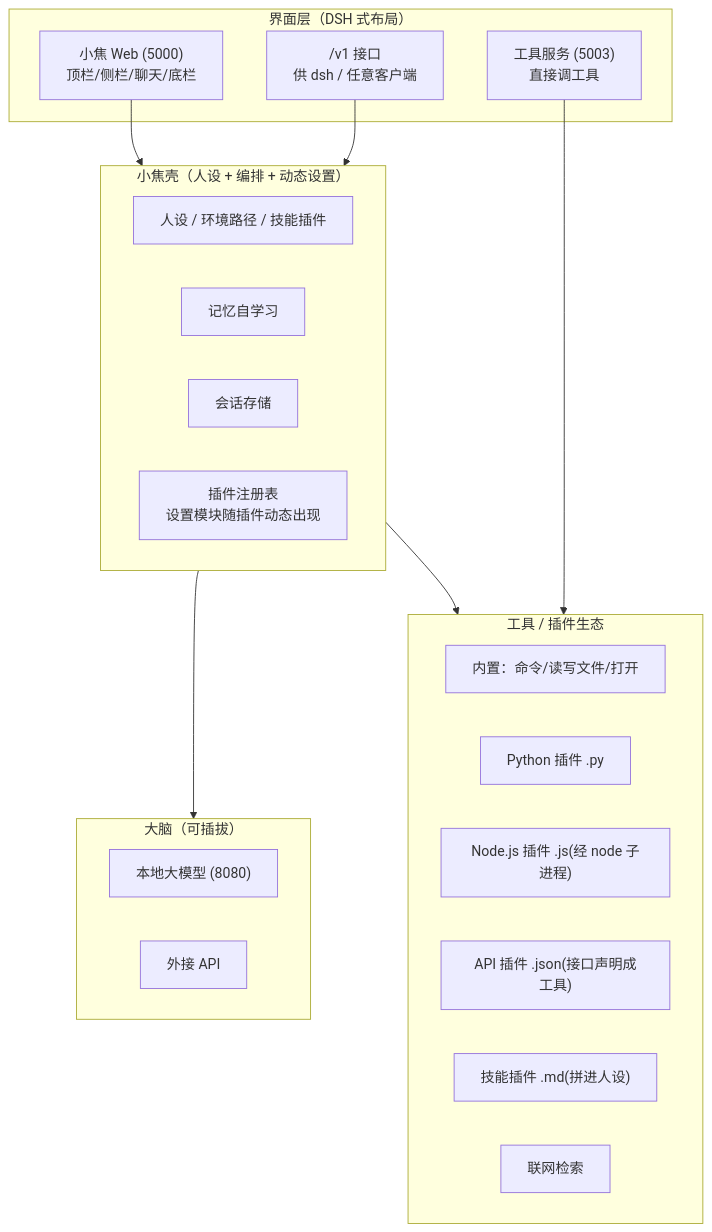
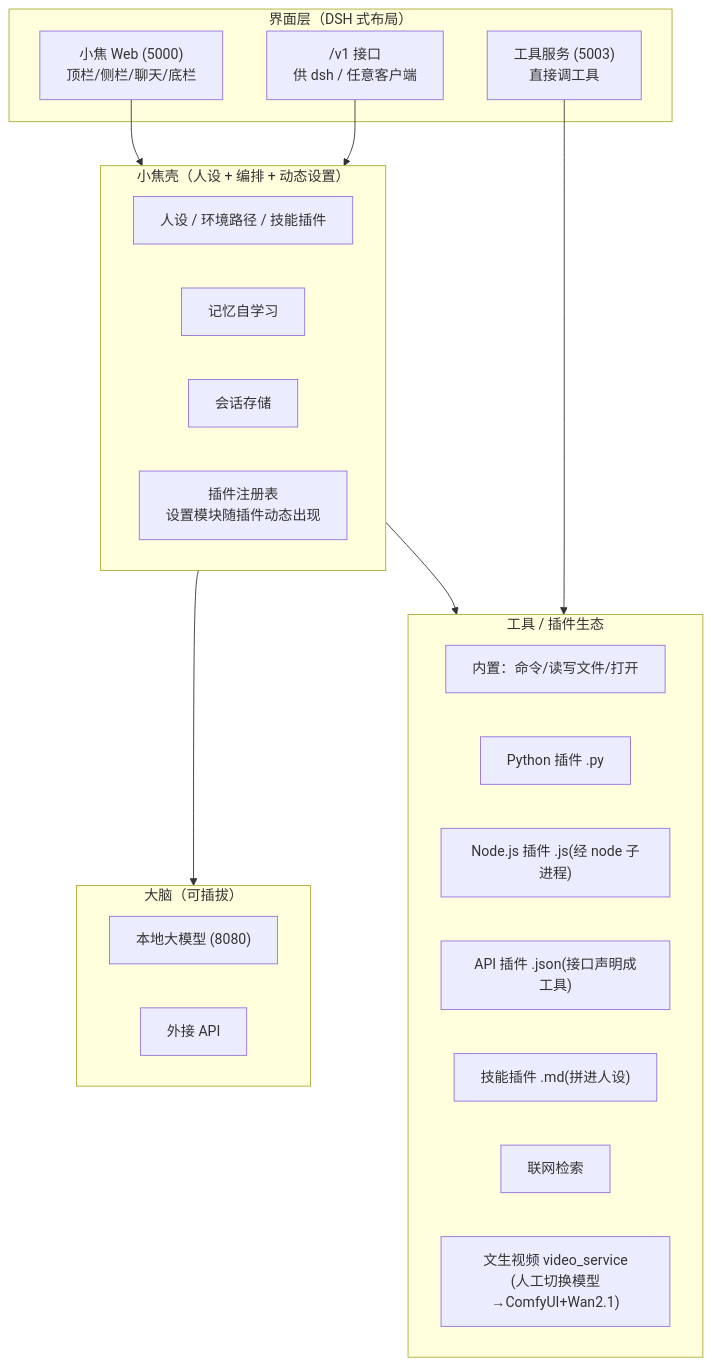
One commit to jiangchuangege/xiaojiao-harness changed the first of 5 diagrams in README.md. Above: the diagram before and after it, drawn with Mermaid. The commit also changed other lines of this file and 1 other file, not shown here.

Commit message:
docs: 架构图/调用图加真视频video_service节点+architecture.md加视频切换段+README功能表加🎬真视频(全文档更新到最新)

````diff
--- a/README.md
+++ b/README.md
@@ -93,30 +94,31 @@
 ```mermaid
 flowchart TD
     subgraph UI["界面层（DSH 式布局）"]
         W["小焦 Web (5000)<br/>顶栏/侧栏/聊天/底栏"]
         C["/v1 接口<br/>供 dsh / 任意客户端"]
         T["工具服务 (5003)<br/>直接调工具"]
     end
     subgraph AGENT["小焦壳（人设 + 编排 + 动态设置）"]
         R["人设 / 环境路径 / 技能插件"]
         M["记忆自学习"]
         S["会话存储"]
         P["插件注册表<br/>设置模块随插件动态出现"]
     end
     subgraph BRAIN["大脑（可插拔）"]
         B1["本地大模型 (8080)"]
         B2["外接 API"]
     end
     subgraph TOOLS["工具 / 插件生态"]
         T1["内置：命令/读写文件/打开"]
         T2["Python 插件 .py"]
         T3["Node.js 插件 .js(经 node 子进程)"]
         T4["API 插件 .json(接口声明成工具)"]
         T5["技能插件 .md(拼进人设)"]
         T6["联网检索"]
+        T7["文生视频 video_service<br/>(人工切换模型→ComfyUI+Wan2.1)"]
     end
     W & C --> AGENT
     T --> TOOLS
     AGENT --> BRAIN
     AGENT --> TOOLS
 ```
````
